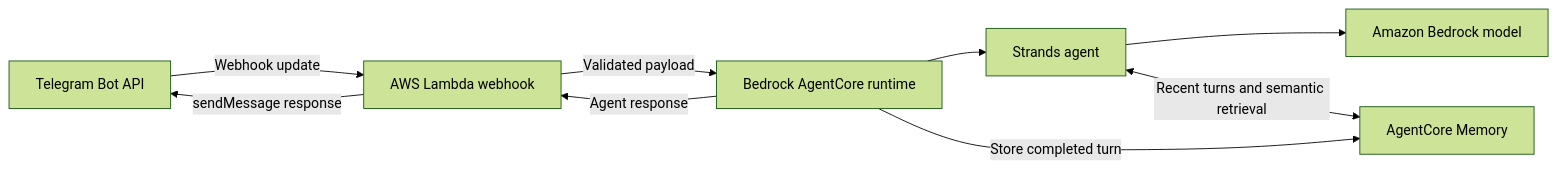
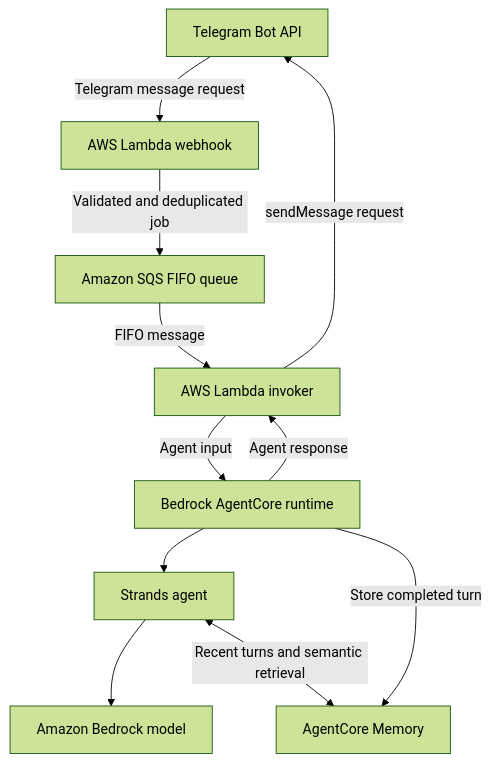
The diagram in README.md (tzs69/tzs-personal-assistant-telegram-bot), drawn with Mermaid (forest theme) before and after one commit. The commit also changed other lines of this file and 14 other files, not shown here.

First line of the commit message:
feat: wire up new asynchronous-ish runtime flow

````diff
--- a/README.md
+++ b/README.md
@@ -33,18 +33,22 @@
 ```mermaid
-flowchart LR
+flowchart TB
     telegram[Telegram Bot API]
     webhook[AWS Lambda webhook]
+    queue[Amazon SQS FIFO queue]
+    invoker[AWS Lambda invoker]
     runtime[Bedrock AgentCore runtime]
     agent[Strands agent]
     model[Amazon Bedrock model]
     memory[AgentCore Memory]
 
-    telegram -->|Webhook update| webhook
-    webhook -->|Validated payload| runtime
+    telegram -->|Telegram message request| webhook
+    webhook -->|Validated and deduplicated job| queue
+    queue -->|FIFO message| invoker
+    invoker -->|Agent input| runtime
     runtime --> agent
     agent --> model
     agent <-->|Recent turns and semantic retrieval| memory
     runtime -->|Store completed turn| memory
-    runtime -->|Agent response| webhook
-    webhook -->|sendMessage response| telegram
+    runtime -->|Agent response| invoker
+    invoker -->|sendMessage request| telegram
 ```
````
